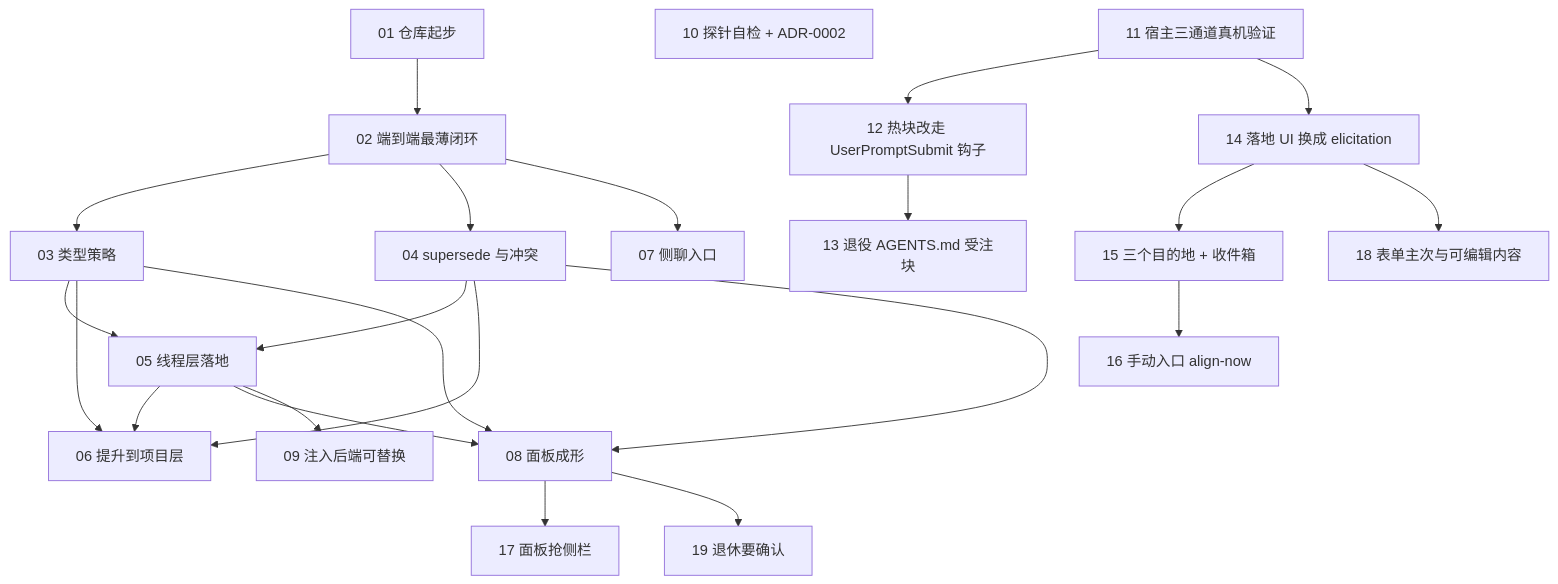
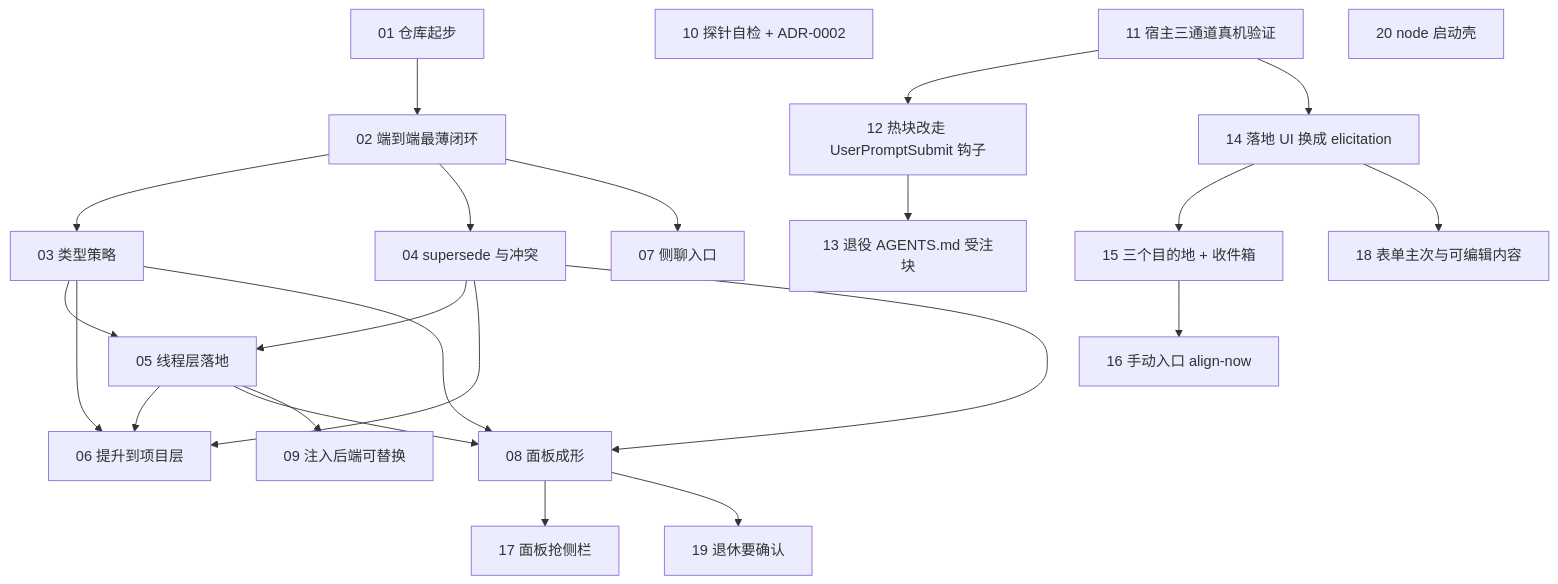
The diagram in .scratch/align/graph.md (PageIV/align), drawn with Mermaid before and after one commit. The commit also changed other lines of this file and 12 other files, not shown here.

````diff
--- a/.scratch/align/graph.md
+++ b/.scratch/align/graph.md
@@ -7,44 +7,45 @@
 ```mermaid
 flowchart TD
   t01["01 仓库起步"]
   t02["02 端到端最薄闭环"]
   t03["03 类型策略"]
   t04["04 supersede 与冲突"]
   t05["05 线程层落地"]
   t06["06 提升到项目层"]
   t07["07 侧聊入口"]
   t08["08 面板成形"]
   t09["09 注入后端可替换"]
   t10["10 探针自检 + ADR-0002"]
   t11["11 宿主三通道真机验证"]
   t12["12 热块改走 UserPromptSubmit 钩子"]
   t13["13 退役 AGENTS.md 受注块"]
   t14["14 落地 UI 换成 elicitation"]
   t15["15 三个目的地 + 收件箱"]
   t16["16 手动入口 align-now"]
   t17["17 面板抢侧栏"]
   t18["18 表单主次与可编辑内容"]
   t19["19 退休要确认"]
+  t20["20 node 启动壳"]
 
   t01 --> t02
   t02 --> t03
   t02 --> t04
   t02 --> t07
   t03 --> t05
   t04 --> t05
   t03 --> t06
   t04 --> t06
   t05 --> t06
   t03 --> t08
   t04 --> t08
   t05 --> t08
   t05 --> t09
   t11 --> t12
   t12 --> t13
   t11 --> t14
   t14 --> t15
   t15 --> t16
   t08 --> t17
   t14 --> t18
   t08 --> t19
 ```
````
